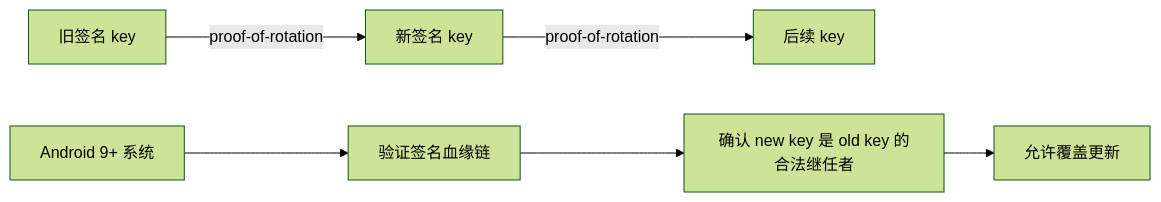
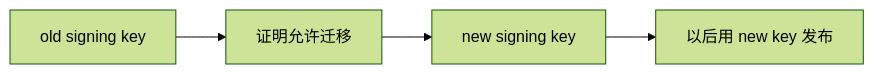
One commit to junyingzhao001/StudyNotes changed the fifth of 11 diagrams in android插件相关/签名详解.md. Above: the diagram before and after it, drawn with Mermaid (forest theme). The commit also changed other lines of this file and 3 other files, not shown here.

````diff
--- a/android插件相关/签名详解.md
+++ b/android插件相关/签名详解.md
@@ -438,8 +425,6 @@
 ```mermaid
 flowchart LR
-  Old["旧签名 key"] -->|proof-of-rotation| New["新签名 key"]
-  New -->|proof-of-rotation| Future["后续 key"]
-  System["Android 9+ 系统"] --> Verify["验证签名血缘链"]
-  Verify --> Trust["确认 new key 是 old key 的合法继任者"]
-  Trust --> Update["允许覆盖更新"]
+    A["old signing key"] --> B["证明允许迁移"]
+    B --> C["new signing key"]
+    C --> D["以后用 new key 发布"]
 ```
````
